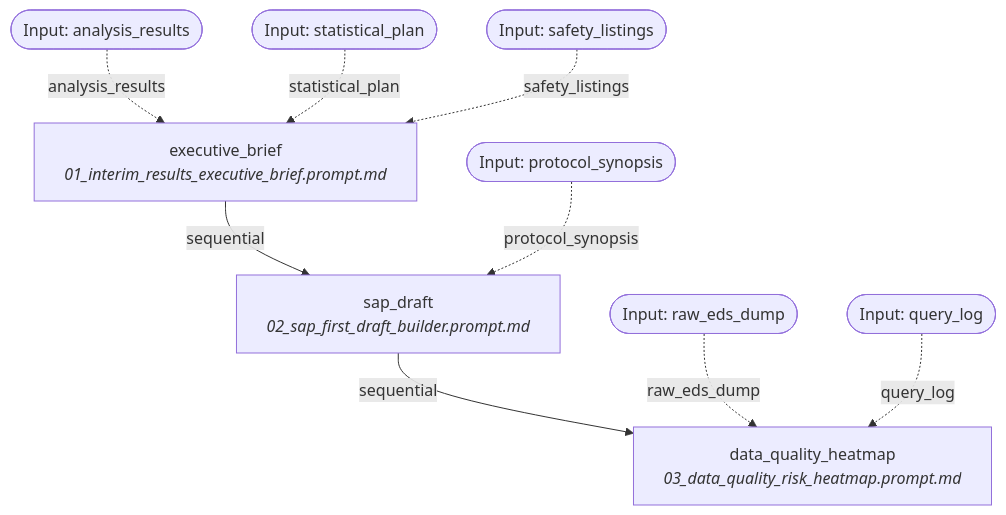
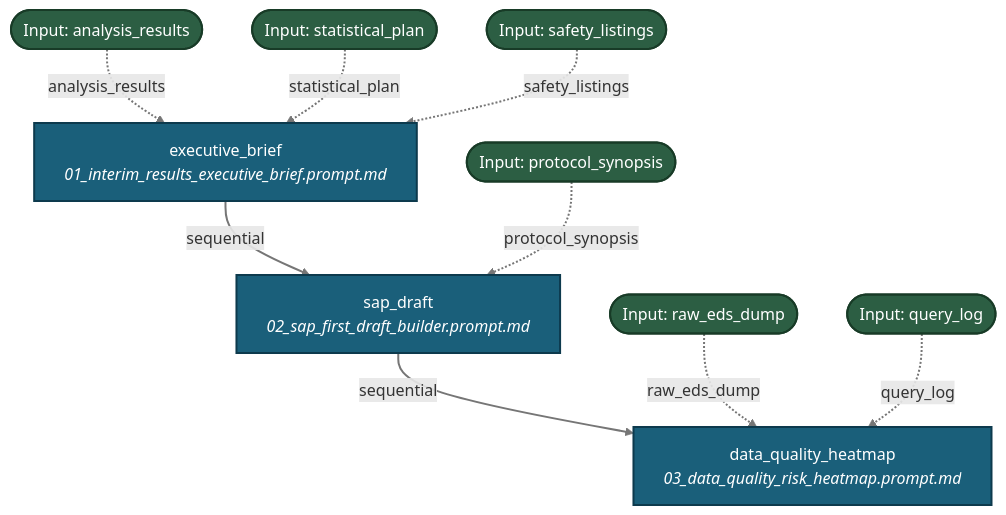
Before and after one commit to fderuiter/proompts: the diagram in docs/workflows/vp_statistics.md, drawn with Mermaid. The commit also changed 267 other files, not shown here.

````diff
--- a/docs/workflows/vp_statistics.md
+++ b/docs/workflows/vp_statistics.md
@@ -11,20 +11,23 @@
 ```mermaid
 graph TD
-    INPUT_analysis_results([Input: analysis_results])
-    INPUT_statistical_plan([Input: statistical_plan])
-    INPUT_safety_listings([Input: safety_listings])
-    INPUT_protocol_synopsis([Input: protocol_synopsis])
-    INPUT_raw_eds_dump([Input: raw_eds_dump])
-    INPUT_query_log([Input: query_log])
-    executive_brief[executive_brief<br><i>01_interim_results_executive_brief.prompt.md</i>]
+    classDef stepNode fill:#1a5f7a,stroke:#0d3a4d,stroke-width:2px,color:#ffffff;
+    classDef inputNode fill:#2c5e43,stroke:#183b27,stroke-width:2px,color:#ffffff;
+    INPUT_analysis_results([Input: analysis_results]):::inputNode
+    INPUT_statistical_plan([Input: statistical_plan]):::inputNode
+    INPUT_safety_listings([Input: safety_listings]):::inputNode
+    INPUT_protocol_synopsis([Input: protocol_synopsis]):::inputNode
+    INPUT_raw_eds_dump([Input: raw_eds_dump]):::inputNode
+    INPUT_query_log([Input: query_log]):::inputNode
+    executive_brief[executive_brief<br><i>01_interim_results_executive_brief.prompt.md</i>]:::stepNode
     INPUT_analysis_results -. analysis_results .-> executive_brief
     INPUT_statistical_plan -. statistical_plan .-> executive_brief
     INPUT_safety_listings -. safety_listings .-> executive_brief
     executive_brief -->|sequential| sap_draft
-    sap_draft[sap_draft<br><i>02_sap_first_draft_builder.prompt.md</i>]
+    sap_draft[sap_draft<br><i>02_sap_first_draft_builder.prompt.md</i>]:::stepNode
     INPUT_protocol_synopsis -. protocol_synopsis .-> sap_draft
     sap_draft -->|sequential| data_quality_heatmap
-    data_quality_heatmap[data_quality_heatmap<br><i>03_data_quality_risk_heatmap.prompt.md</i>]
+    data_quality_heatmap[data_quality_heatmap<br><i>03_data_quality_risk_heatmap.prompt.md</i>]:::stepNode
     INPUT_raw_eds_dump -. raw_eds_dump .-> data_quality_heatmap
     INPUT_query_log -. query_log .-> data_quality_heatmap
+    linkStyle default stroke:#767676,stroke-width:2px;
 ```
````
